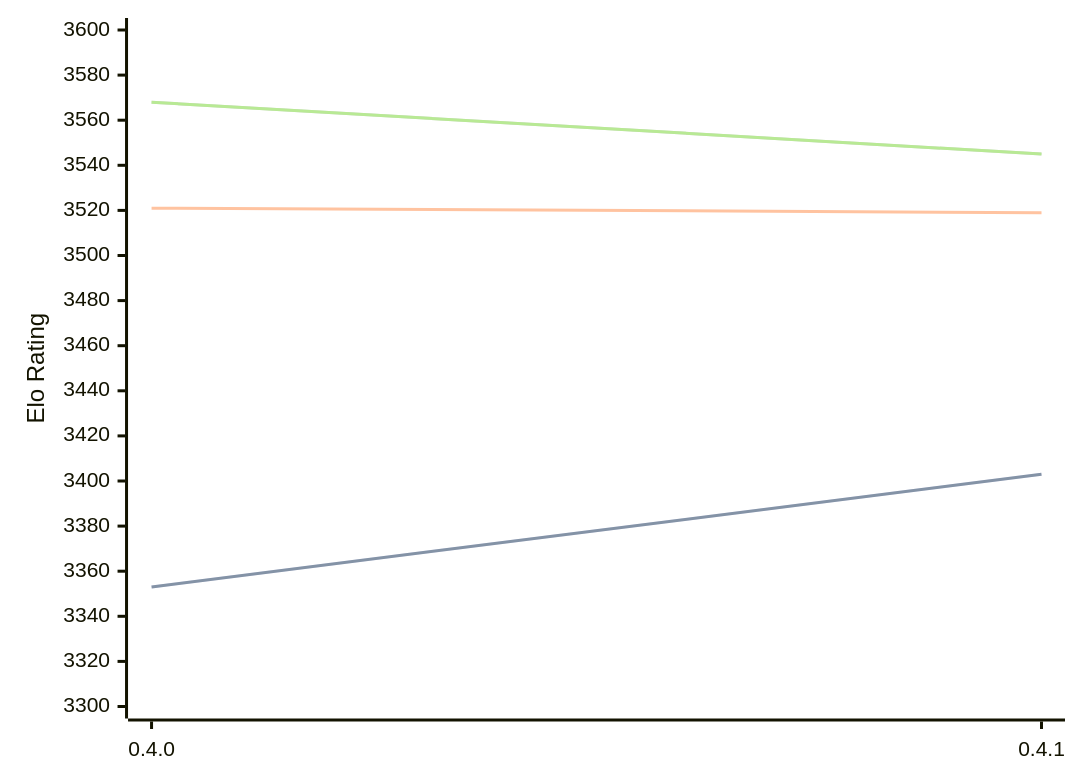
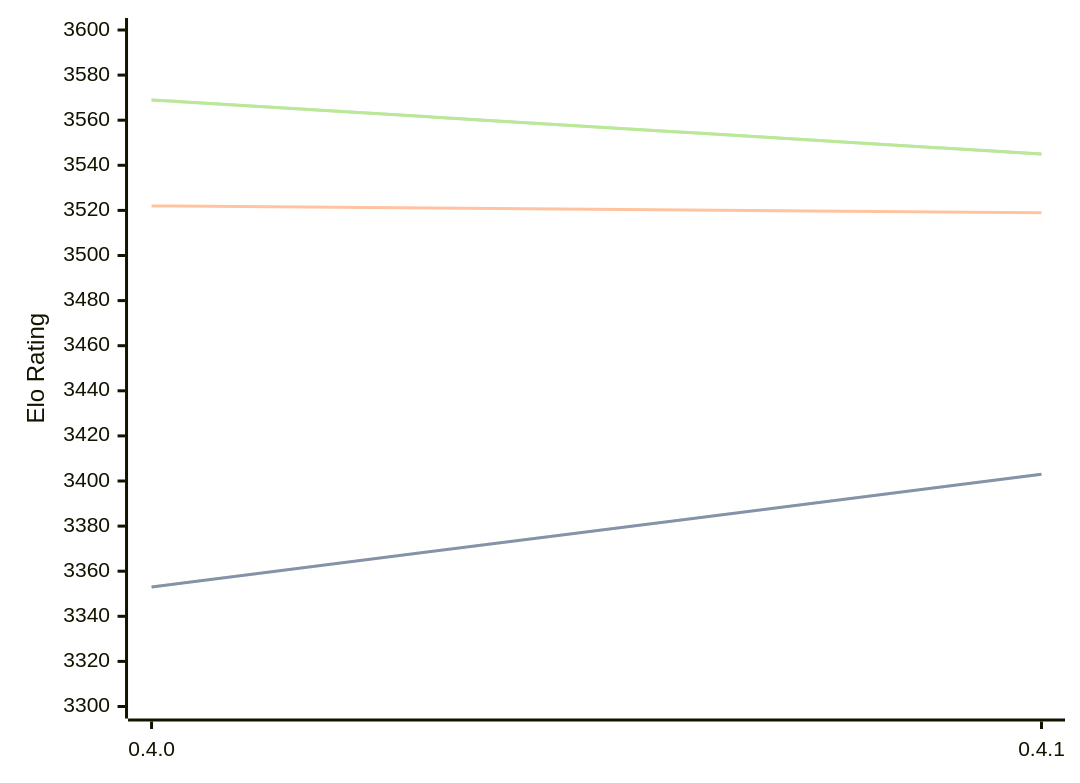
Before and after one commit to computer-chess-index/cci: the diagram in engines/Cinder.md, drawn with Mermaid. The commit also changed other lines of this file, not shown here.

Commit message:
Update CCI Ratings (ELO VLTC) - 2026-02-26

````diff
--- a/engines/Cinder.md
+++ b/engines/Cinder.md
@@ -38,11 +38,11 @@
 ```mermaid
 %%{init: {"theme":"base","themeVariables":{"seriesColors:['#a3a3a3','#222221','#faa371']}}}%%
 xychart-beta
   x-axis ["0.4.0", "0.4.1"]
   y-axis "Elo Rating" 3300 --> 3600
   line "STC (8.0+0.08s)" [3353, 3403]
   line "STC (8.0+0.08s)" [3353, 3403]
-  line "LTC (60.0+0.60s)" [3521, 3519]
-  line "VLTC (2m24s+1.12s)" [3568, 3545]
-  line "VLTC (2m24s+1.12s)" [3568, 3545]
+  line "LTC (60.0+0.60s)" [3522, 3519]
+  line "VLTC (2m24s+1.12s)" [3569, 3545]
+  line "VLTC (2m24s+1.12s)" [3569, 3545]
 ```
````
